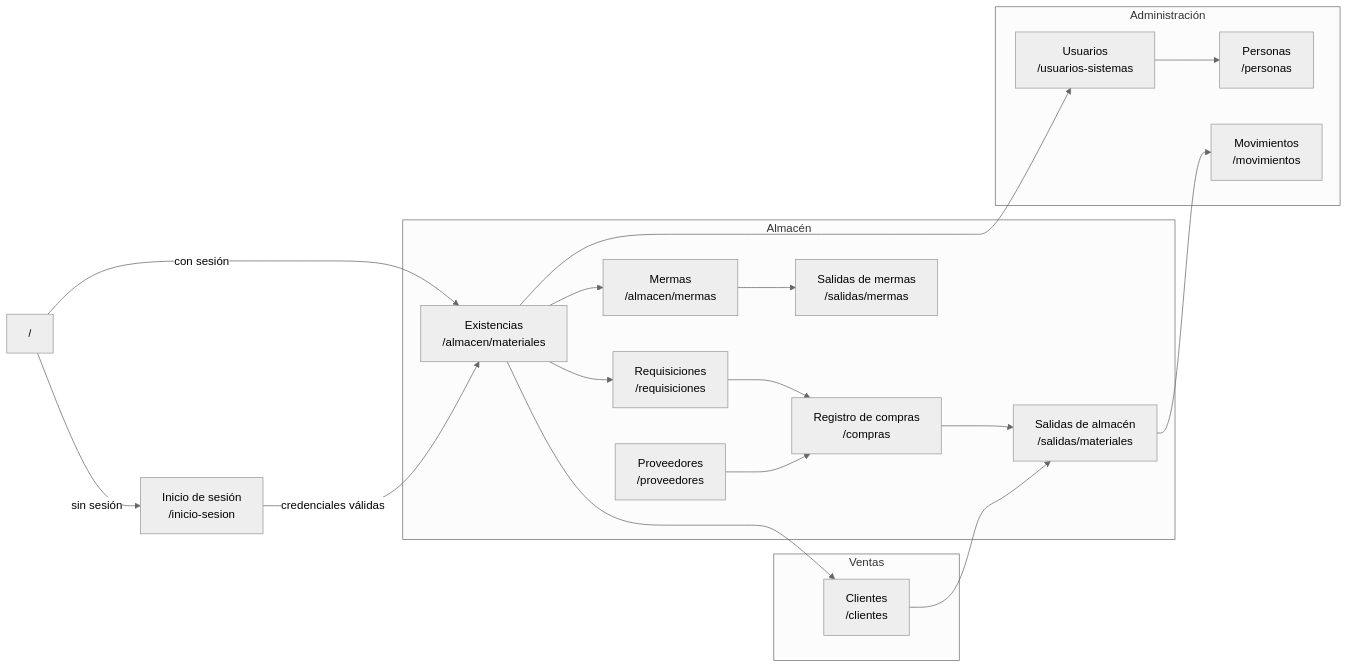
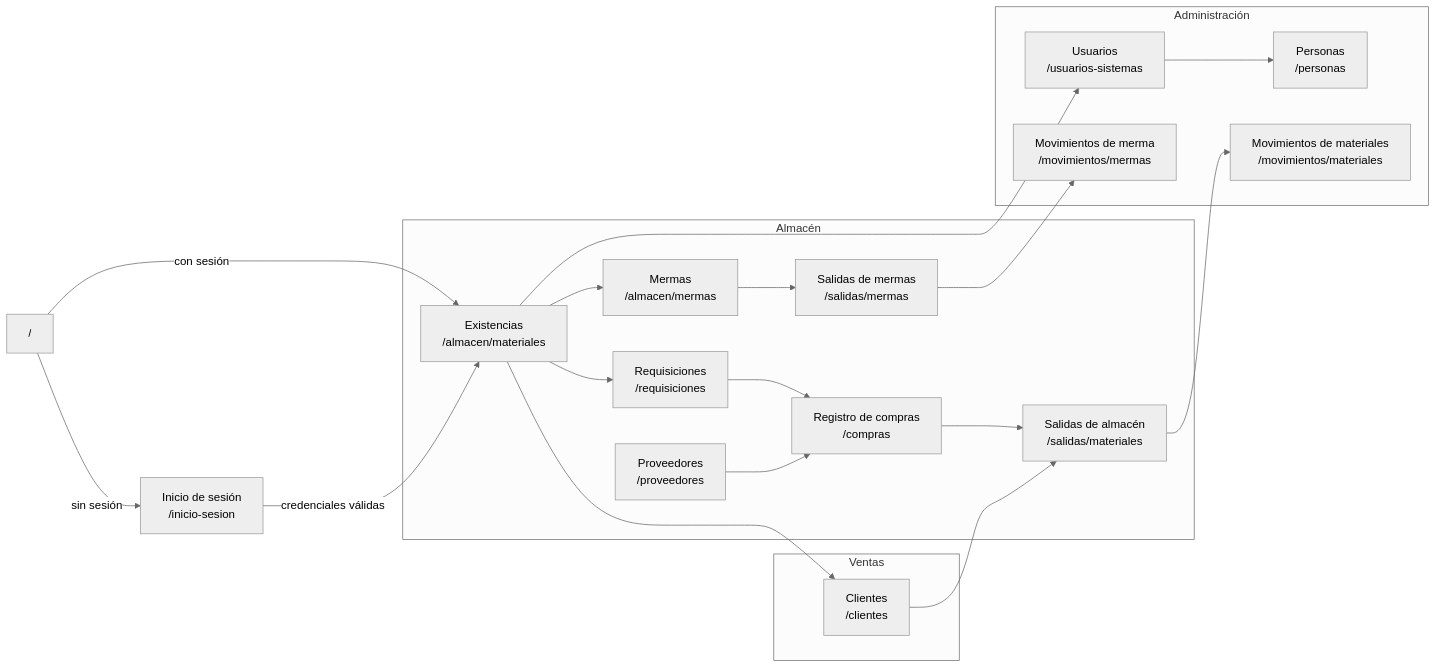
Before and after one commit to gpgsistemas01/nexus: the fourth of 5 diagrams in docs/architecture-and-web-views.md, drawn with Mermaid (neutral theme). The commit also changed other lines of this file and 17 other files, not shown here.

````diff
--- a/docs/architecture-and-web-views.md
+++ b/docs/architecture-and-web-views.md
@@ -84,38 +84,40 @@
 ```mermaid
 flowchart LR
     root["/ "] -->|"sin sesión"| login["Inicio de sesión<br/>/inicio-sesion"]
     root -->|"con sesión"| materials["Existencias<br/>/almacen/materiales"]
     login -->|"credenciales válidas"| materials
 
     subgraph warehouse["Almacén"]
         materials
         wastes["Mermas<br/>/almacen/mermas"]
         requisitions["Requisiciones<br/>/requisiciones"]
         purchases["Registro de compras<br/>/compras"]
         goodsIssues["Salidas de almacén<br/>/salidas/materiales"]
         wasteIssues["Salidas de mermas<br/>/salidas/mermas"]
         suppliers["Proveedores<br/>/proveedores"]
     end
 
     subgraph sales["Ventas"]
         clients["Clientes<br/>/clientes"]
     end
 
     subgraph admin["Administración"]
         users["Usuarios<br/>/usuarios-sistemas"]
         persons["Personas<br/>/personas"]
-        movements["Movimientos<br/>/movimientos"]
+        materialMovements["Movimientos de materiales<br/>/movimientos/materiales"]
+        wasteMovements["Movimientos de merma<br/>/movimientos/mermas"]
     end
 
     materials --> wastes
     materials --> requisitions
     requisitions --> purchases
     purchases --> goodsIssues
-    goodsIssues --> movements
+    goodsIssues --> materialMovements
     wastes --> wasteIssues
+    wasteIssues --> wasteMovements
     suppliers --> purchases
     clients --> goodsIssues
     materials --> clients
     materials --> users
     users --> persons
 ```
````
